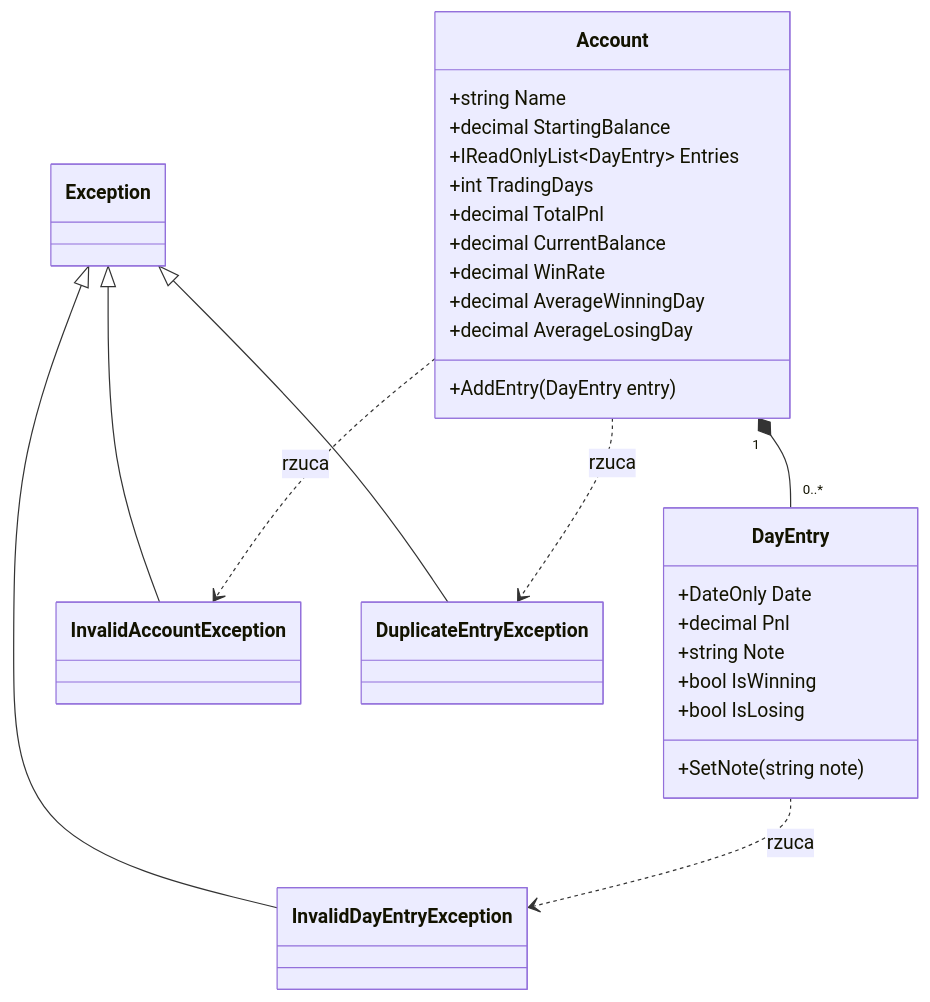
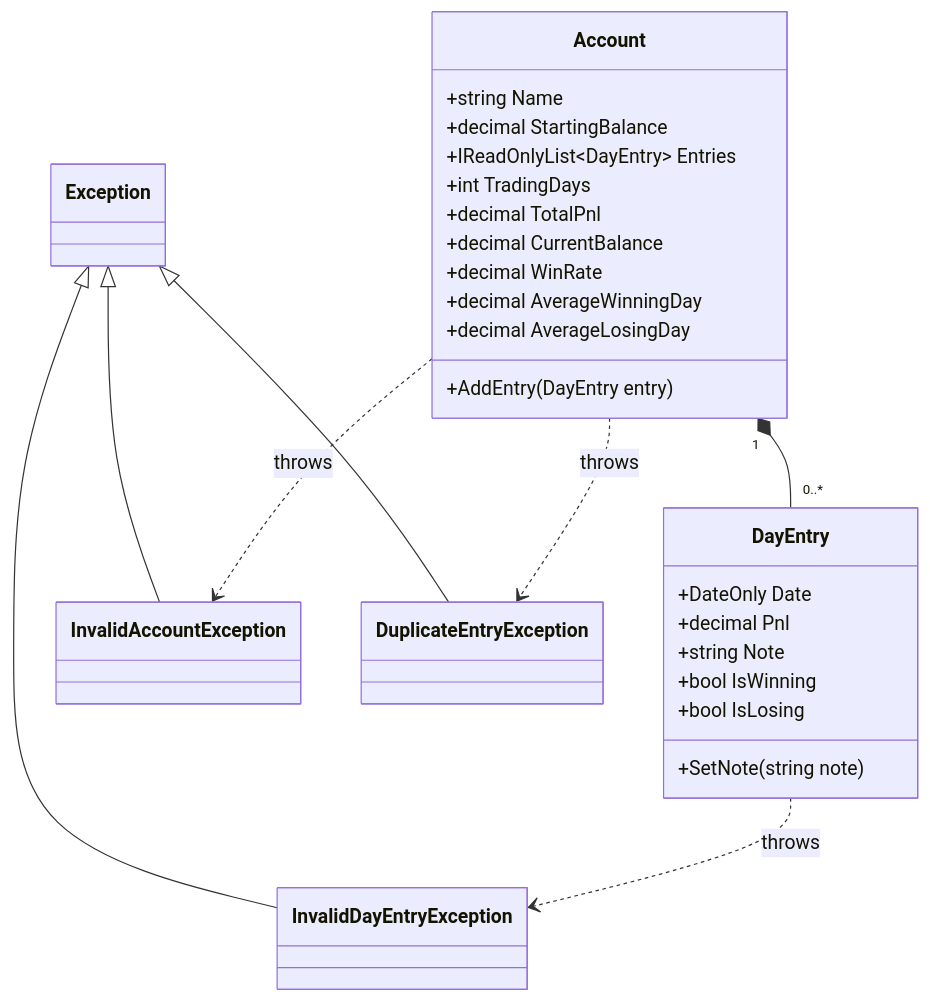
One commit to Patrykjac/Trade_journal changed the diagram in README.md. Above: the diagram before and after it, drawn with Mermaid. The commit also changed other lines of this file, not shown here.

Commit message:
docs: edycja tekstu w  README

````diff
--- a/README.md
+++ b/README.md
@@ -60,34 +60,34 @@
 ```mermaid
 classDiagram
     class DayEntry {
         +DateOnly Date
         +decimal Pnl
         +string Note
         +bool IsWinning
         +bool IsLosing
         +SetNote(string note)
     }
     class Account {
         +string Name
         +decimal StartingBalance
         +IReadOnlyList~DayEntry~ Entries
         +int TradingDays
         +decimal TotalPnl
         +decimal CurrentBalance
         +decimal WinRate
         +decimal AverageWinningDay
         +decimal AverageLosingDay
         +AddEntry(DayEntry entry)
     }
     class InvalidDayEntryException
     class InvalidAccountException
     class DuplicateEntryException
 
     Account "1" *-- "0..*" DayEntry
     Exception <|-- InvalidDayEntryException
     Exception <|-- InvalidAccountException
     Exception <|-- DuplicateEntryException
-    DayEntry ..> InvalidDayEntryException : rzuca
-    Account ..> InvalidAccountException : rzuca
-    Account ..> DuplicateEntryException : rzuca
+    DayEntry ..> InvalidDayEntryException : throws
+    Account ..> InvalidAccountException : throws
+    Account ..> DuplicateEntryException : throws
 ```
````
